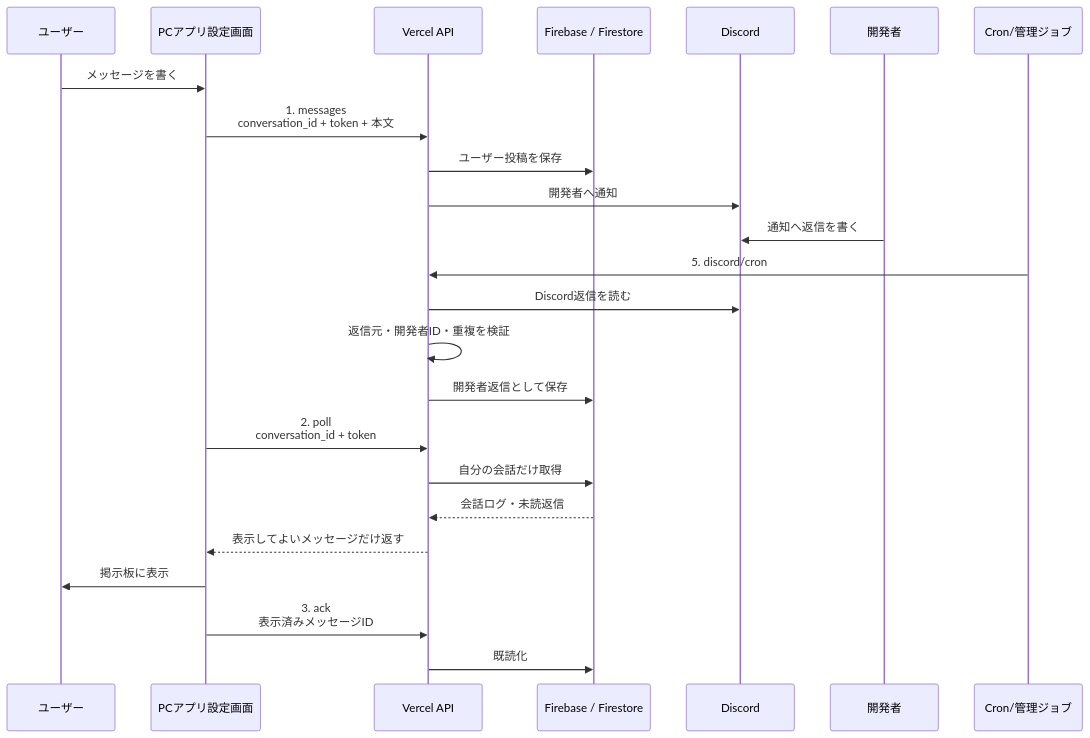
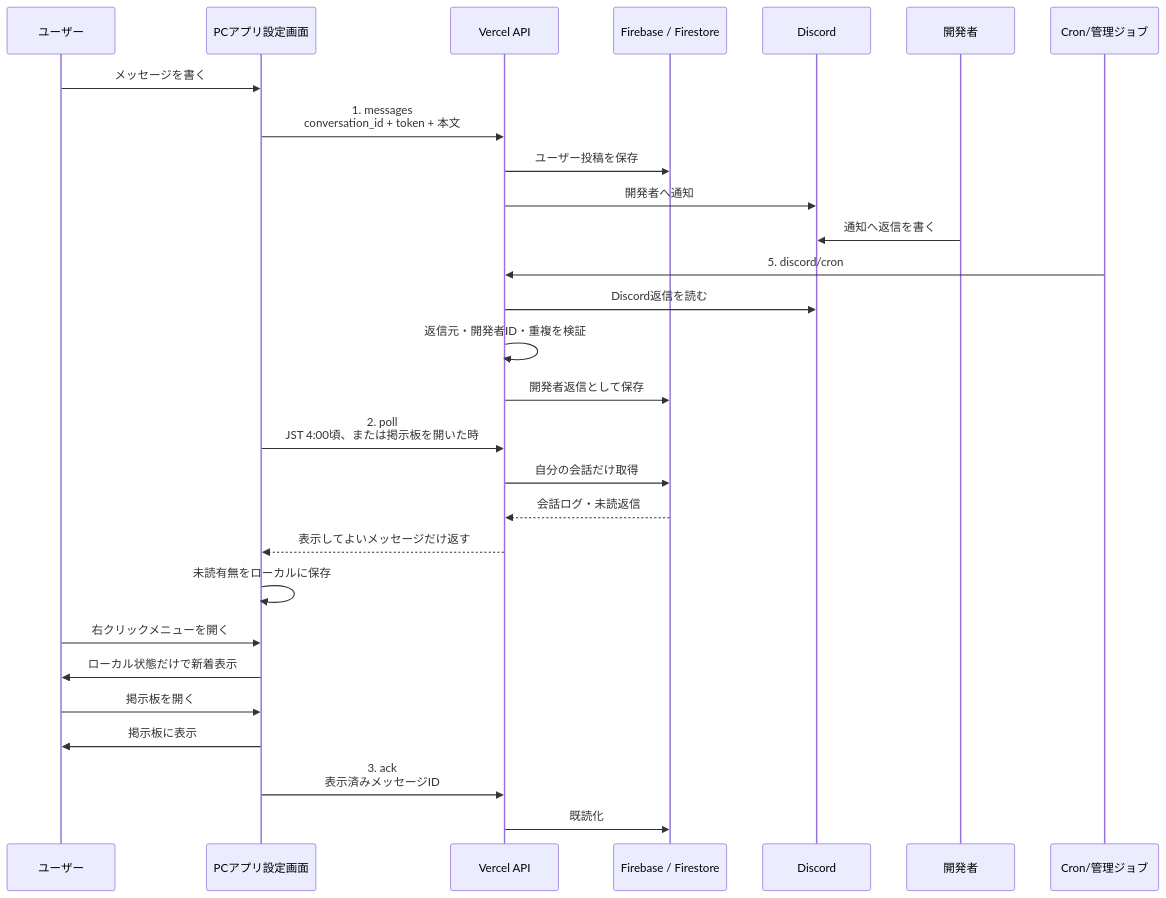
The third of 3 diagrams in docs-v2/007_COMMUNICATION.md (ore-no-fusen/ore-no-fusen), drawn with Mermaid before and after one commit. The commit also changed other lines of this file and 8 other files, not shown here.

````diff
--- a/docs-v2/007_COMMUNICATION.md
+++ b/docs-v2/007_COMMUNICATION.md
@@ -321,30 +329,34 @@
 ```mermaid
 sequenceDiagram
     participant User as ユーザー
     participant PC as PCアプリ設定画面
     participant API as Vercel API
     participant Firestore as Firebase / Firestore
     participant Discord as Discord
     participant Dev as 開発者
     participant Job as Cron/管理ジョブ
 
     User->>PC: メッセージを書く
     PC->>API: 1. messages<br>conversation_id + token + 本文
     API->>Firestore: ユーザー投稿を保存
     API->>Discord: 開発者へ通知
 
     Dev->>Discord: 通知へ返信を書く
     Job->>API: 5. discord/cron
     API->>Discord: Discord返信を読む
     API->>API: 返信元・開発者ID・重複を検証
     API->>Firestore: 開発者返信として保存
 
-    PC->>API: 2. poll<br>conversation_id + token
+    PC->>API: 2. poll<br>JST 4:00頃、または掲示板を開いた時
     API->>Firestore: 自分の会話だけ取得
     Firestore-->>API: 会話ログ・未読返信
     API-->>PC: 表示してよいメッセージだけ返す
+    PC->>PC: 未読有無をローカルに保存
+    User->>PC: 右クリックメニューを開く
+    PC->>User: ローカル状態だけで新着表示
+    User->>PC: 掲示板を開く
     PC->>User: 掲示板に表示
 
     PC->>API: 3. ack<br>表示済みメッセージID
     API->>Firestore: 既読化
 ```
````
